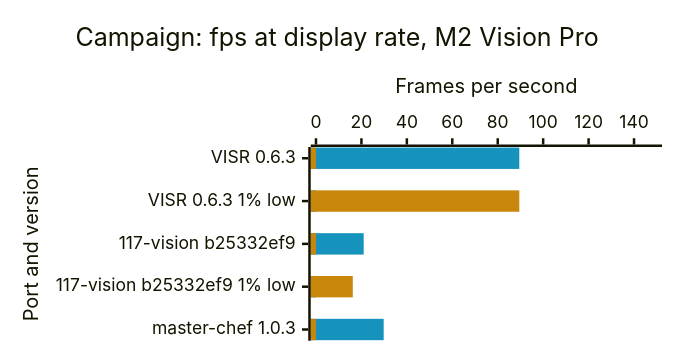
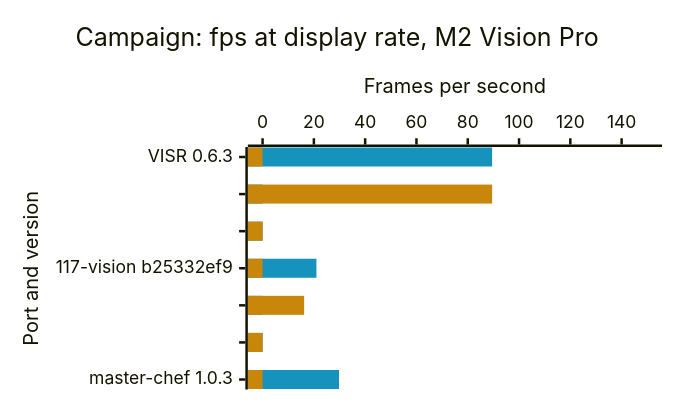
Before and after one commit to steverice/visr: the fourth of 6 diagrams in docs/benchmarks.md, drawn with Mermaid. The commit also changed other lines of this file and 8 other files, not shown here.

First line of the commit message:
📝 docs(benchmarks): group each build's average and 1% low bars under one axis label with a gap between builds — `charts.source` and `chartSource` add an empty row between builds and blank the second row's label

````diff
--- a/docs/benchmarks.md
+++ b/docs/benchmarks.md
@@ -108,17 +108,17 @@
 ```mermaid
 ---
 config:
   xyChart:
     width: 520
-    height: 263
+    height: 302
   themeVariables:
     xyChart:
       plotColorPalette: "#1593bd, #c8870a"
 ---
 xychart-beta horizontal
     title "Campaign: fps at display rate, M2 Vision Pro"
-    x-axis "Port and version" ["VISR 0.6.3", "VISR 0.6.3 1% low", "117-vision b25332ef9", "117-vision b25332ef9 1% low", "master-chef 1.0.3"]
+    x-axis "Port and version" ["VISR 0.6.3", "⠀⠀", "⠀⠀⠀", "117-vision b25332ef9", "⠀⠀⠀⠀⠀", "⠀⠀⠀⠀⠀⠀", "master-chef 1.0.3"]
     y-axis "Frames per second" 0 --> 150
-    bar [89.5, 0, 21, 0, 29.8]
-    bar [0, 89.5, 0, 16.2, 0]
+    bar [89.5, 0, 0, 21, 0, 0, 29.8]
+    bar [0, 89.5, 0, 0, 16.2, 0, 0]
 ```
````
